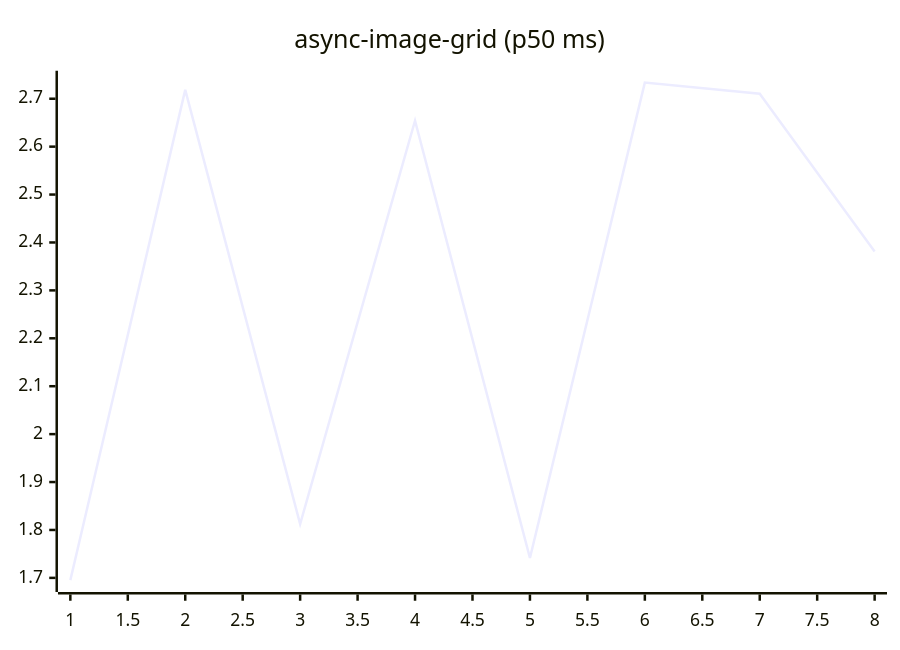
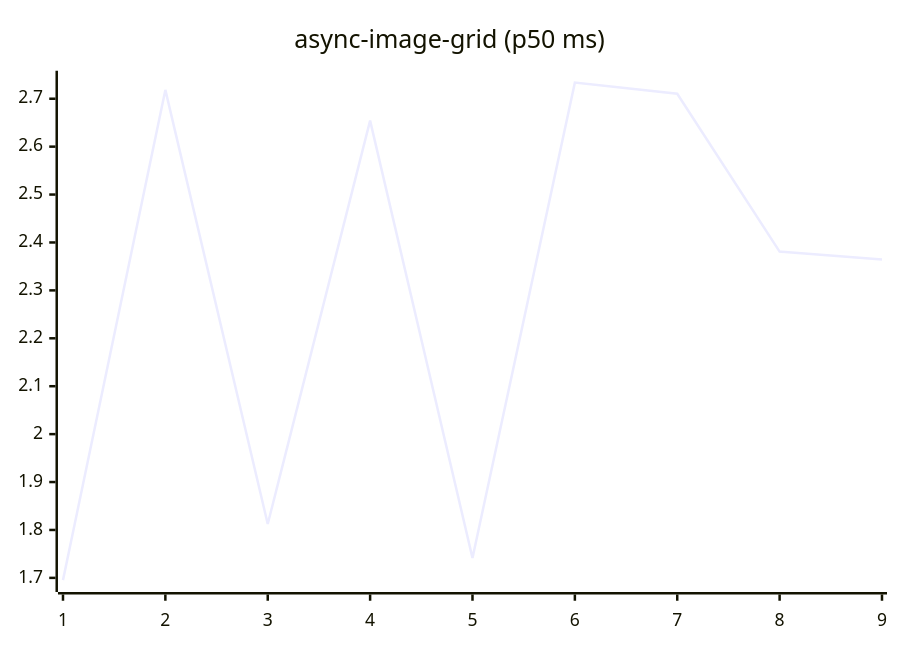
One commit to josha/Facet changed the fifth of 27 diagrams in README.md. Above: the diagram before and after it, drawn with Mermaid. The commit also changed other lines of this file and 2 other files, not shown here.

````diff
--- a/README.md
+++ b/README.md
@@ -91,6 +91,6 @@
 ```mermaid
 xychart-beta
     title "async-image-grid (p50 ms)"
-    x-axis 1 --> 8
-    line [1.6953, 2.7184, 1.8124, 2.6543, 1.7415, 2.7336, 2.7103, 2.3810]
+    x-axis 1 --> 9
+    line [1.6953, 2.7184, 1.8124, 2.6543, 1.7415, 2.7336, 2.7103, 2.3810, 2.3646]
 ```
````
